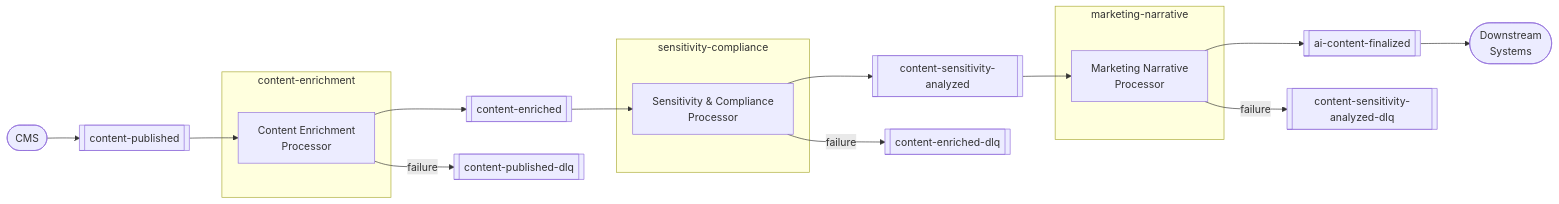
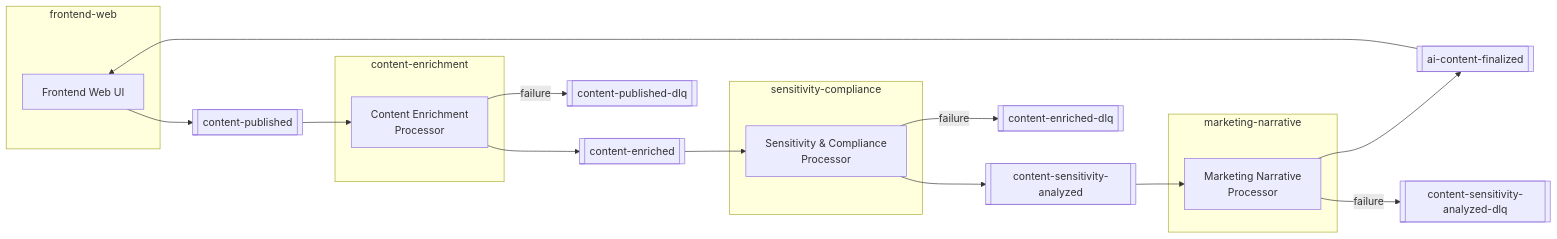
One commit to denis-arruda/event-driven-ai-streaming changed the diagram in docs/specification.md. Above: the diagram before and after it, drawn with Mermaid. The commit also changed other lines of this file and 15 other files, not shown here.

````diff
--- a/docs/specification.md
+++ b/docs/specification.md
@@ -51,38 +52,38 @@
 ```mermaid
 flowchart LR
-    CMS([CMS])
+    subgraph frontend-web
+        FW[Frontend Web UI]
+    end
 
     subgraph content-enrichment
         CEP[Content Enrichment\nProcessor]
     end
 
     subgraph sensitivity-compliance
         SCP[Sensitivity & Compliance\nProcessor]
     end
 
     subgraph marketing-narrative
         MNP[Marketing Narrative\nProcessor]
     end
 
-    DS([Downstream\nSystems])
-
     CP[[content-published]]
     CE[[content-enriched]]
     CSA[[content-sensitivity-analyzed]]
     ACF[[ai-content-finalized]]
     CPDLQ[[content-published-dlq]]
     CEDLQ[[content-enriched-dlq]]
     CSADLQ[[content-sensitivity-analyzed-dlq]]
 
-    CMS --> CP
+    FW --> CP
     CP --> CEP
     CEP --> CE
     CEP -- failure --> CPDLQ
     CE --> SCP
     SCP --> CSA
     SCP -- failure --> CEDLQ
     CSA --> MNP
     MNP --> ACF
     MNP -- failure --> CSADLQ
-    ACF --> DS
+    ACF --> FW
 ```
````
